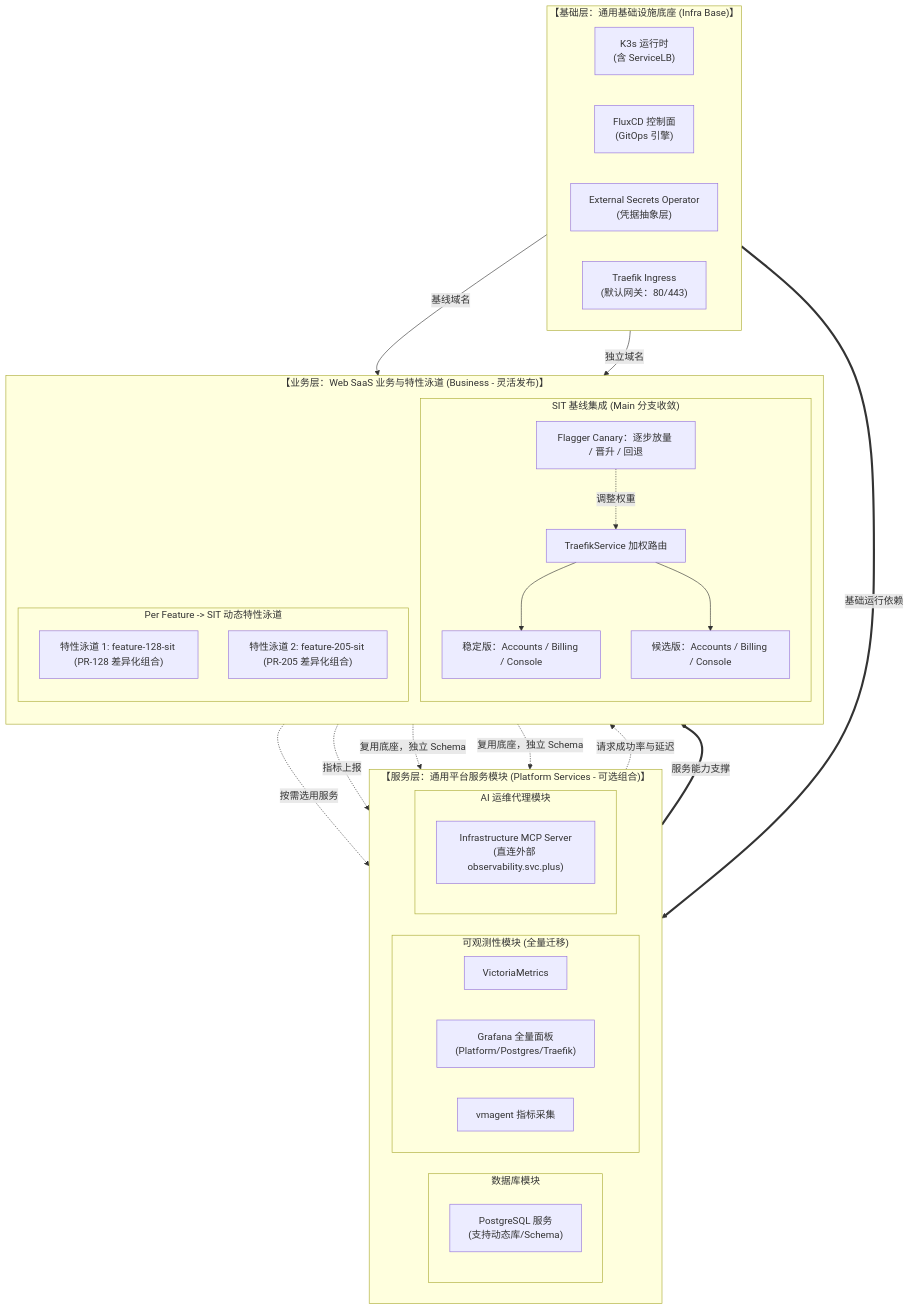
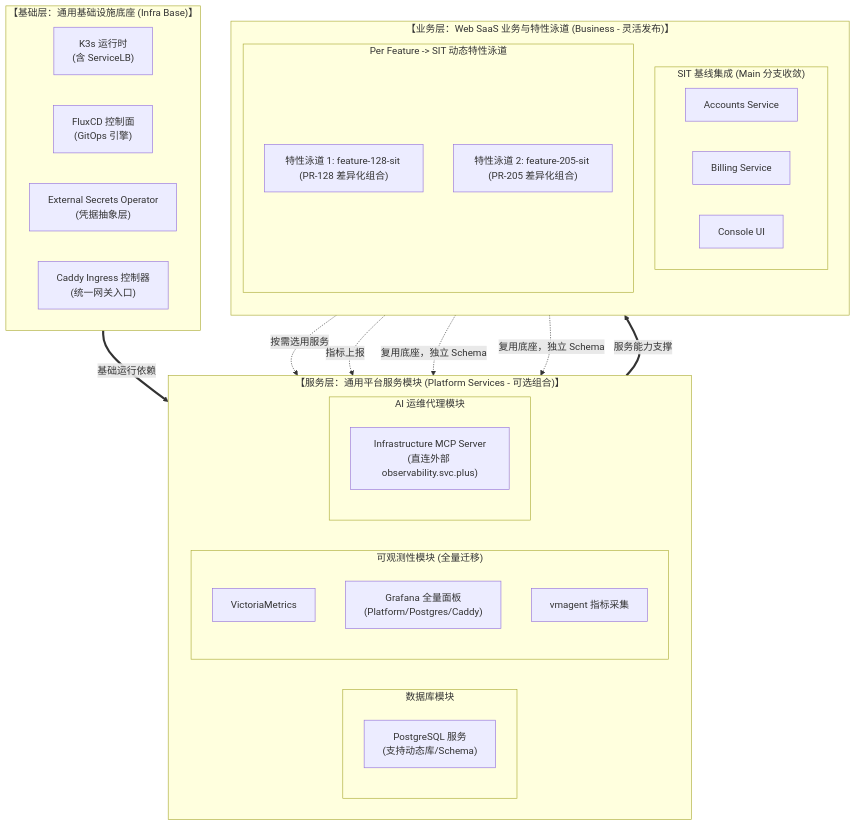
Before and after one commit to ai-workspace-services/knowledge: the second of 2 diagrams in docs/reference/platform-delivery/clusters/sit-k3s-v6/SIT-K3S-V6-模块化交付与特性泳道规划.md, drawn with Mermaid. The commit also changed other lines of this file and 1 other file, not shown here.

Commit message:
docs(sit-k3s-v6): record ai-desktop/ai-aggregator cutover, svc.plus domain rules and accounts SSO (#401)

````diff
--- a/docs/reference/platform-delivery/clusters/sit-k3s-v6/SIT-K3S-V6-模块化交付与特性泳道规划.md
+++ b/docs/reference/platform-delivery/clusters/sit-k3s-v6/SIT-K3S-V6-模块化交付与特性泳道规划.md
@@ -167,52 +166,45 @@
 ```mermaid
 flowchart TD
     subgraph Tier1["【基础层：通用基础设施底座 (Infra Base)】"]
         direction LR
         K3S["K3s 运行时<br/>(含 ServiceLB)"]
         FLUX["FluxCD 控制面<br/>(GitOps 引擎)"]
         ESO["External Secrets Operator<br/>(凭据抽象层)"]
-        INGRESS_CORE["Traefik Ingress<br/>(默认网关：80/443)"]
+        INGRESS_CORE["Caddy Ingress 控制器<br/>(统一网关入口)"]
     end
 
     subgraph Tier2["【服务层：通用平台服务模块 (Platform Services - 可选组合)】"]
         direction LR
         subgraph ModDB["数据库模块"]
             PG["PostgreSQL 服务<br/>(支持动态库/Schema)"]
         end
         subgraph ModObs["可观测性模块 (全量迁移)"]
             VM["VictoriaMetrics"]
-            GF["Grafana 全量面板<br/>(Platform/Postgres/Traefik)"]
+            GF["Grafana 全量面板<br/>(Platform/Postgres/Caddy)"]
             AGENT["vmagent 指标采集"]
         end
         subgraph ModMCP["AI 运维代理模块"]
             MCP_CORE["Infrastructure MCP Server<br/>(直连外部 observability.svc.plus)"]
         end
     end
 
     subgraph Tier3["【业务层：Web SaaS 业务与特性泳道 (Business - 灵活发布)】"]
         direction TB
         subgraph Baseline["SIT 基线集成 (Main 分支收敛)"]
-            WEIGHT["TraefikService 加权路由"]
-            STABLE["稳定版：Accounts / Billing / Console"]
-            CANDIDATE["候选版：Accounts / Billing / Console"]
-            FLAGGER["Flagger Canary：逐步放量 / 晋升 / 回退"]
-            WEIGHT --> STABLE
-            WEIGHT --> CANDIDATE
-            FLAGGER -.->|调整权重| WEIGHT
+            ACCOUNTS["Accounts Service"]
+            BILLING["Billing Service"]
+            CONSOLE["Console UI"]
         end
         subgraph FeatureLanes["Per Feature -> SIT 动态特性泳道"]
             FEAT_A["特性泳道 1: feature-128-sit (PR-128 差异化组合)"]
             FEAT_B["特性泳道 2: feature-205-sit (PR-205 差异化组合)"]
         end
     end
 
     Tier1 ==>|基础运行依赖| Tier2
     Tier2 ==>|服务能力支撑| Tier3
-    INGRESS_CORE -->|基线域名| WEIGHT
-    INGRESS_CORE -->|独立域名| FeatureLanes
-    VM -.->|请求成功率与延迟| FLAGGER
     Baseline -.->|按需选用服务| ModDB
     Baseline -.->|指标上报| ModObs
     FEAT_A -.->|复用底座，独立 Schema| ModDB
     FEAT_B -.->|复用底座，独立 Schema| ModDB
 ```
````
